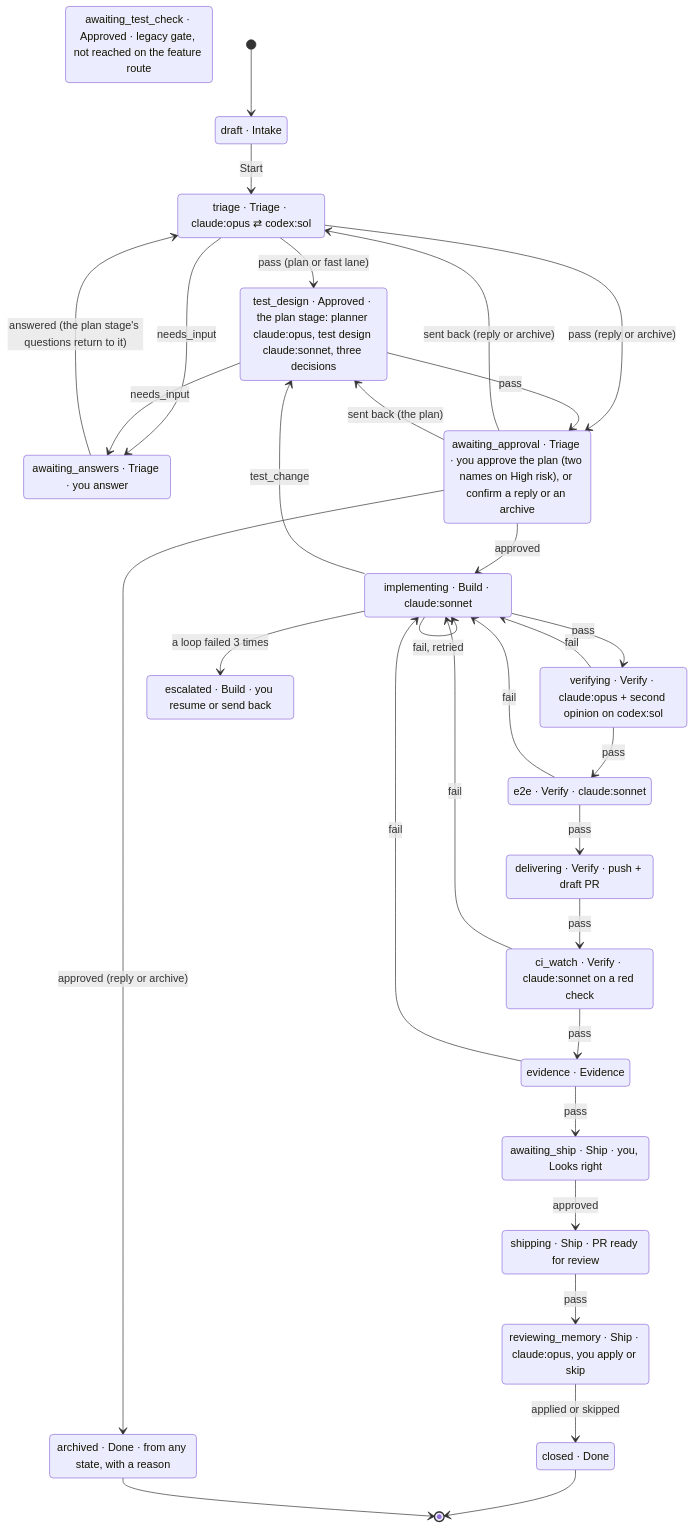
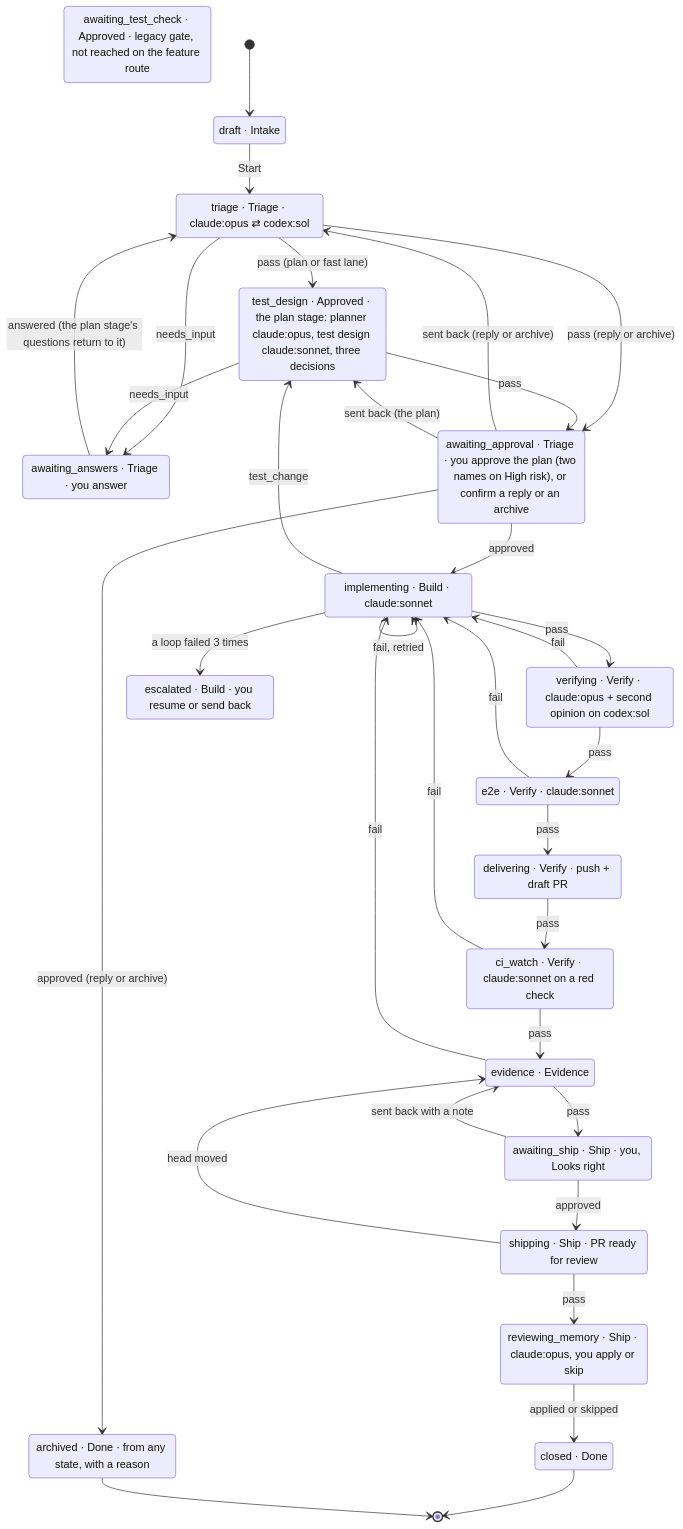
The second of 3 diagrams in docs/architecture.md (HigorAlves/luna-tui), drawn with Mermaid before and after one commit. The commit also changed other lines of this file and 2 other files, not shown here.

Commit message:
docs: wave 5: the Evidence Pack, its publish, the preview gate and the video pipeline

````diff
--- a/docs/architecture.md
+++ b/docs/architecture.md
@@ -106,53 +110,55 @@
 ```mermaid
 stateDiagram-v2
   direction TB
   draft: draft · Intake
   triage: triage · Triage · claude:opus ⇄ codex:sol
   awaiting_answers: awaiting_answers · Triage · you answer
   awaiting_approval: awaiting_approval · Triage · you approve the plan (two names on High risk), or confirm a reply or an archive
   test_design: test_design · Approved · the plan stage: planner claude:opus, test design claude:sonnet, three decisions
   awaiting_test_check: awaiting_test_check · Approved · legacy gate, not reached on the feature route
   implementing: implementing · Build · claude:sonnet
   verifying: verifying · Verify · claude:opus + second opinion on codex:sol
   e2e: e2e · Verify · claude:sonnet
   delivering: delivering · Verify · push + draft PR
   ci_watch: ci_watch · Verify · claude:sonnet on a red check
   evidence: evidence · Evidence
   awaiting_ship: awaiting_ship · Ship · you, Looks right
   shipping: shipping · Ship · PR ready for review
   reviewing_memory: reviewing_memory · Ship · claude:opus, you apply or skip
   escalated: escalated · Build · you resume or send back
   closed: closed · Done
   archived: archived · Done · from any state, with a reason
 
   [*] --> draft
   draft --> triage: Start
   triage --> awaiting_answers: needs_input
   awaiting_answers --> triage: answered (the plan stage's questions return to it)
   triage --> test_design: pass (plan or fast lane)
   triage --> awaiting_approval: pass (reply or archive)
   awaiting_approval --> triage: sent back (reply or archive)
   awaiting_approval --> archived: approved (reply or archive)
   test_design --> awaiting_approval: pass
   test_design --> awaiting_answers: needs_input
   awaiting_approval --> test_design: sent back (the plan)
   awaiting_approval --> implementing: approved
   implementing --> verifying: pass
   implementing --> implementing: fail, retried
   implementing --> test_design: test_change
   verifying --> e2e: pass
   e2e --> delivering: pass
   delivering --> ci_watch: pass
   ci_watch --> evidence: pass
   evidence --> awaiting_ship: pass
   verifying --> implementing: fail
   e2e --> implementing: fail
   ci_watch --> implementing: fail
   evidence --> implementing: fail
+  awaiting_ship --> evidence: sent back with a note
+  shipping --> evidence: head moved
   implementing --> escalated: a loop failed 3 times
   awaiting_ship --> shipping: approved
   shipping --> reviewing_memory: pass
   reviewing_memory --> closed: applied or skipped
   closed --> [*]
   archived --> [*]
 ```
````
